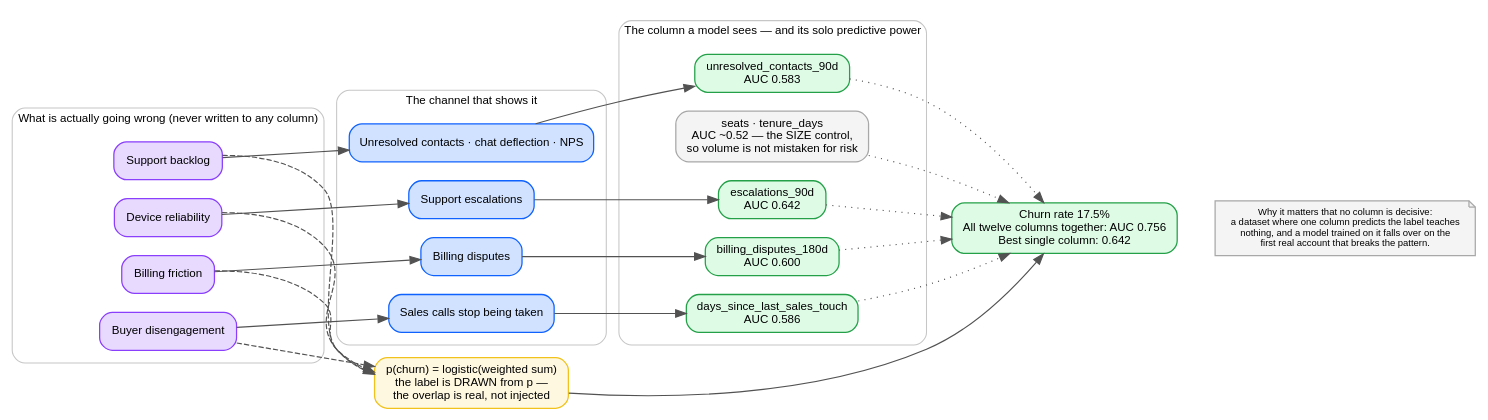
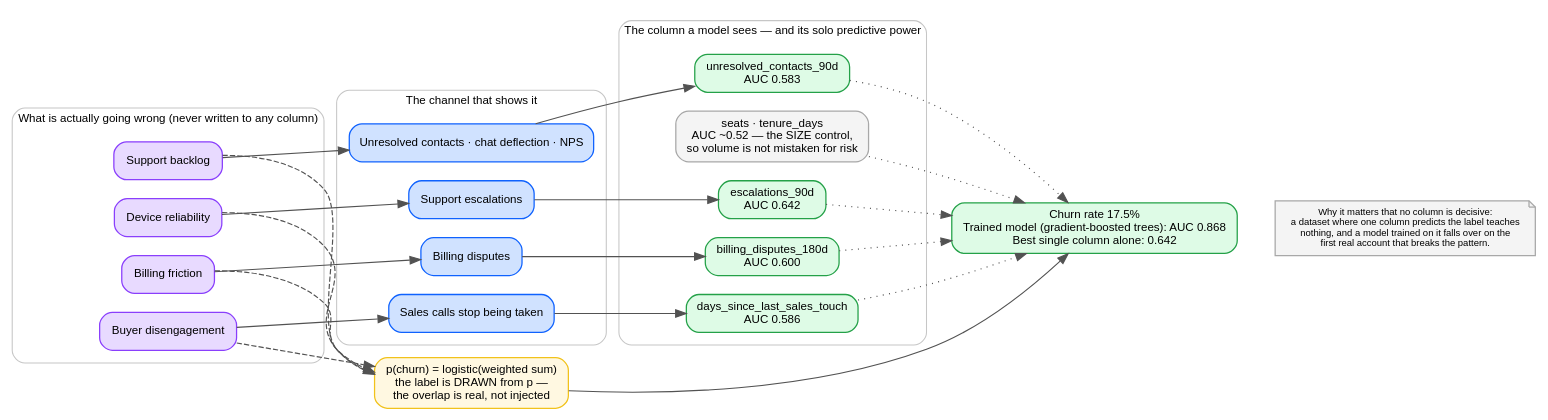
Before and after one commit to oramasearch/zetta: the diagram in docs/reports/results/diagrams/motive-dataset-signal.dot, drawn with Graphviz. The commit also changed 7 other files, not shown here.

```diff
--- a/docs/reports/results/diagrams/motive-dataset-signal.dot
+++ b/docs/reports/results/diagrams/motive-dataset-signal.dot
@@ -1,67 +1,67 @@
 // How the stand-in dataset carries a churn signal that is real but not trivial.
 //
 // Generated source for motive-dataset-signal.svg. Render with:
 //   dot -Tsvg motive-dataset-signal.dot -o motive-dataset-signal.svg
 //
 // The point of the picture: four independent troubles, each read by a DIFFERENT
 // channel, combining into a probability the label is drawn from. No single column
 // predicts churn, which is what makes the model's job real.
 digraph motive_signal {
   rankdir=LR;
   bgcolor="white";
   fontname="IBM Plex Sans,Helvetica,Arial,sans-serif";
   node [fontname="IBM Plex Sans,Helvetica,Arial,sans-serif", fontsize=11,
         shape=box, style="rounded,filled", penwidth=1.2, margin="0.16,0.09"];
   edge [fontname="IBM Plex Sans,Helvetica,Arial,sans-serif", fontsize=9,
         color="#525252", penwidth=1.1];
 
   subgraph cluster_latent {
     label="What is actually going wrong (never written to any column)";
     fontsize=11; color="#c6c6c6"; style="rounded"; margin=12;
     r [label="Device reliability", fillcolor="#e8daff", color="#8a3ffc"];
     b [label="Billing friction", fillcolor="#e8daff", color="#8a3ffc"];
     q [label="Buyer disengagement", fillcolor="#e8daff", color="#8a3ffc"];
     k [label="Support backlog", fillcolor="#e8daff", color="#8a3ffc"];
   }
 
   subgraph cluster_channel {
     label="The channel that shows it";
     fontsize=11; color="#c6c6c6"; style="rounded"; margin=12;
     cr [label="Support escalations", fillcolor="#d0e2ff", color="#0f62fe"];
     cb [label="Billing disputes", fillcolor="#d0e2ff", color="#0f62fe"];
     cq [label="Sales calls stop being taken", fillcolor="#d0e2ff", color="#0f62fe"];
     ck [label="Unresolved contacts · chat deflection · NPS", fillcolor="#d0e2ff", color="#0f62fe"];
   }
 
   subgraph cluster_feature {
     label="The column a model sees — and its solo predictive power";
     fontsize=11; color="#c6c6c6"; style="rounded"; margin=12;
     fr [label="escalations_90d\nAUC 0.642", fillcolor="#defbe6", color="#24a148"];
     fb [label="billing_disputes_180d\nAUC 0.600", fillcolor="#defbe6", color="#24a148"];
     fq [label="days_since_last_sales_touch\nAUC 0.586", fillcolor="#defbe6", color="#24a148"];
     fk [label="unresolved_contacts_90d\nAUC 0.583", fillcolor="#defbe6", color="#24a148"];
     fs [label="seats · tenure_days\nAUC ~0.52 — the SIZE control,\nso volume is not mistaken for risk",
         fillcolor="#f4f4f4", color="#a8a8a8"];
   }
 
   label_node [label="p(churn) = logistic(weighted sum)\nthe label is DRAWN from p —\nthe overlap is real, not injected",
               shape=box, fillcolor="#fff8e1", color="#f1c21b", fontsize=11];
-  outcome [label="Churn rate 17.5%\nAll twelve columns together: AUC 0.756\nBest single column: 0.642",
+  outcome [label="Churn rate 17.5%\nTrained model (gradient-boosted trees): AUC 0.868\nBest single column alone: 0.642",
            shape=box, fillcolor="#defbe6", color="#24a148", fontsize=11];
 
   r -> cr -> fr;
   b -> cb -> fb;
   q -> cq -> fq;
   k -> ck -> fk;
 
   r -> label_node [style=dashed]; b -> label_node [style=dashed];
   q -> label_node [style=dashed]; k -> label_node [style=dashed];
   label_node -> outcome;
   fr -> outcome [style=dotted]; fb -> outcome [style=dotted];
   fq -> outcome [style=dotted]; fk -> outcome [style=dotted];
   fs -> outcome [style=dotted];
 
   note [label="Why it matters that no column is decisive:\na dataset where one column predicts the label teaches\nnothing, and a model trained on it falls over on the\nfirst real account that breaks the pattern.",
         shape=note, fillcolor="#f4f4f4", color="#a8a8a8", fontsize=9];
   outcome -> note [style=invis];
 }
```
